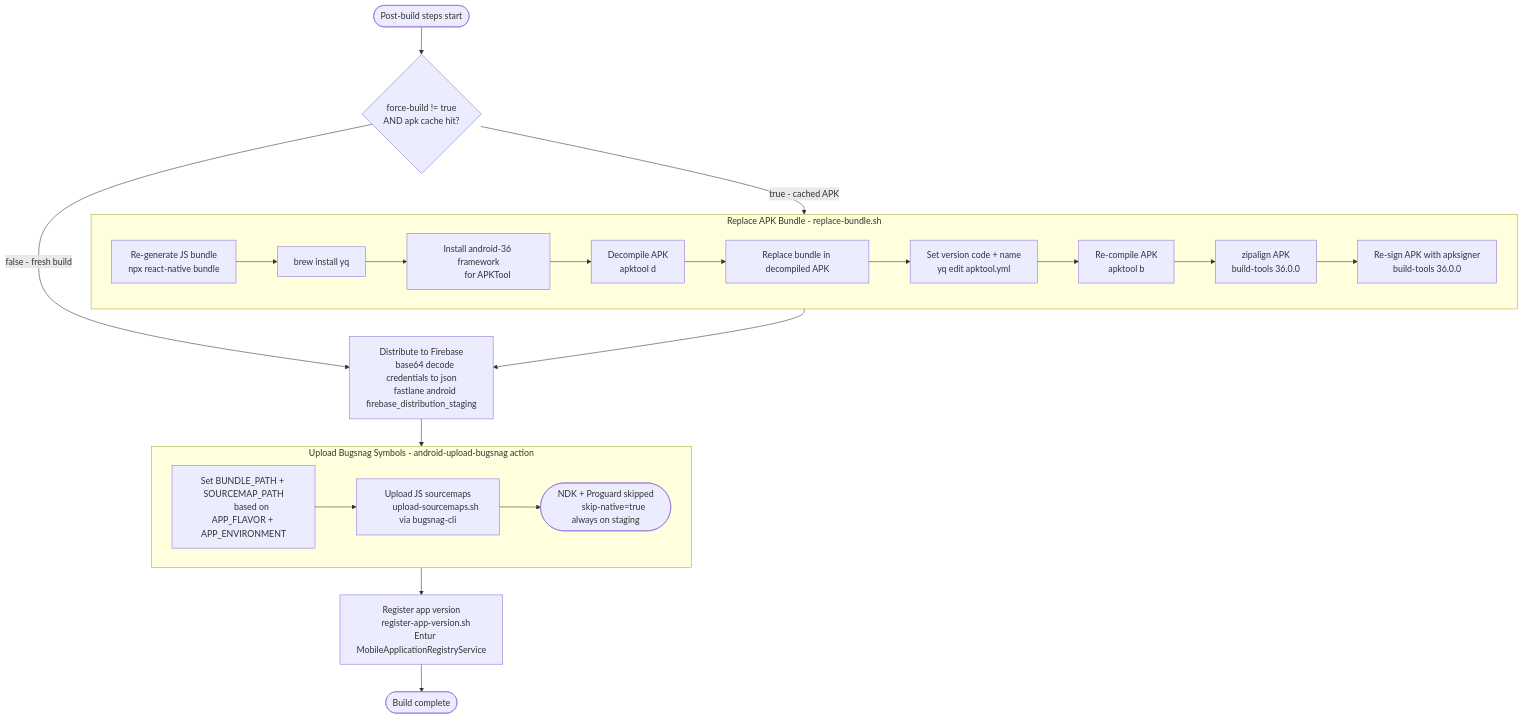
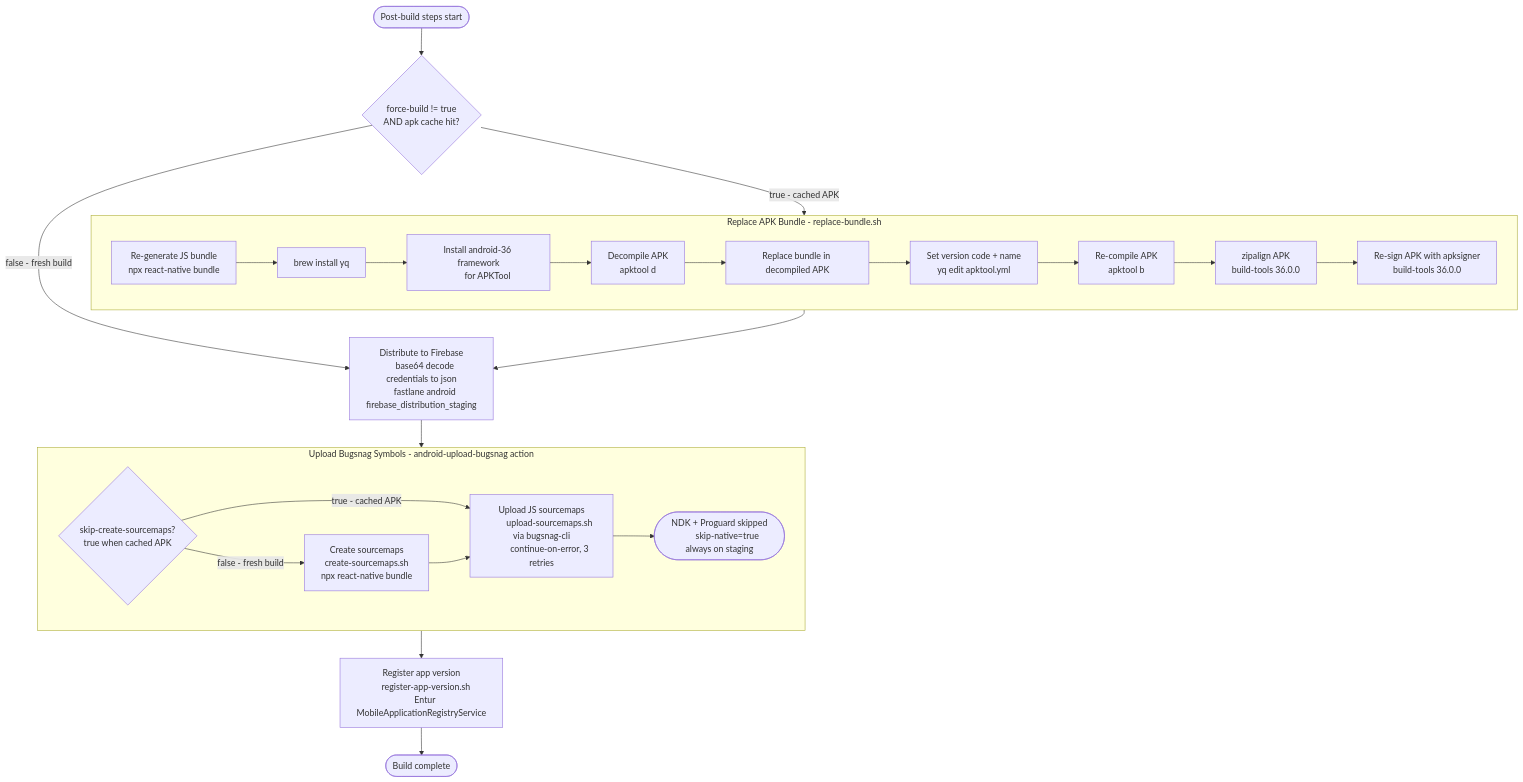
The fourth of 6 diagrams in docs/android-build-staging-graph.md (AtB-AS/mittatb-app), drawn with Mermaid before and after one commit. The commit also changed other lines of this file and 2 other files, not shown here.

Commit message:
docs: update build documents

````diff
--- a/docs/android-build-staging-graph.md
+++ b/docs/android-build-staging-graph.md
@@ -214,58 +214,62 @@
 ```mermaid
 flowchart TD
     start(["Post-build steps start"])
 
     start --> replace_check{"force-build != true
     AND apk cache hit?"}
 
     replace_check -- "true - cached APK" --> replace_bundle
     replace_check -- "false - fresh build" --> firebase
 
     subgraph replace_bundle ["Replace APK Bundle - replace-bundle.sh"]
         rb_bundle["Re-generate JS bundle
         npx react-native bundle"]
         rb_yq["brew install yq"]
         rb_framework["Install android-36 framework
         for APKTool"]
         rb_decompile["Decompile APK
         apktool d"]
         rb_replace["Replace bundle in decompiled APK"]
         rb_version["Set version code + name
         yq edit apktool.yml"]
         rb_recompile["Re-compile APK
         apktool b"]
         rb_align["zipalign APK
         build-tools 36.0.0"]
         rb_sign["Re-sign APK with apksigner
         build-tools 36.0.0"]
 
         rb_bundle --> rb_yq --> rb_framework --> rb_decompile
         rb_decompile --> rb_replace --> rb_version
         rb_version --> rb_recompile --> rb_align --> rb_sign
     end
 
     replace_bundle --> firebase
 
     firebase["Distribute to Firebase
     base64 decode credentials to json
     fastlane android firebase_distribution_staging"]
 
     firebase --> bugsnag_upload
 
     subgraph bugsnag_upload ["Upload Bugsnag Symbols - android-upload-bugsnag action"]
-        bs_set["Set BUNDLE_PATH + SOURCEMAP_PATH
-        based on APP_FLAVOR + APP_ENVIRONMENT"]
-        bs_sourcemaps["Upload JS sourcemaps
-        upload-sourcemaps.sh via bugsnag-cli"]
-        bs_skip_native(["NDK + Proguard skipped
+        bs_create_check{"skip-create-sourcemaps?
+        true when cached APK"}
+        bs_create_check -- "false - fresh build" --> bs_create["Create sourcemaps
+        create-sourcemaps.sh
+        npx react-native bundle"]
+        bs_create_check -- "true - cached APK" --> bs_sourcemaps
+
+        bs_create --> bs_sourcemaps["Upload JS sourcemaps
+        upload-sourcemaps.sh via bugsnag-cli
+        continue-on-error, 3 retries"]
+        bs_sourcemaps --> bs_skip_native(["NDK + Proguard skipped
         skip-native=true always on staging"])
-
-        bs_set --> bs_sourcemaps --> bs_skip_native
     end
 
     bugsnag_upload --> register["Register app version
     register-app-version.sh
     Entur MobileApplicationRegistryService"]
 
     register --> done(["Build complete"])
 ```
````
